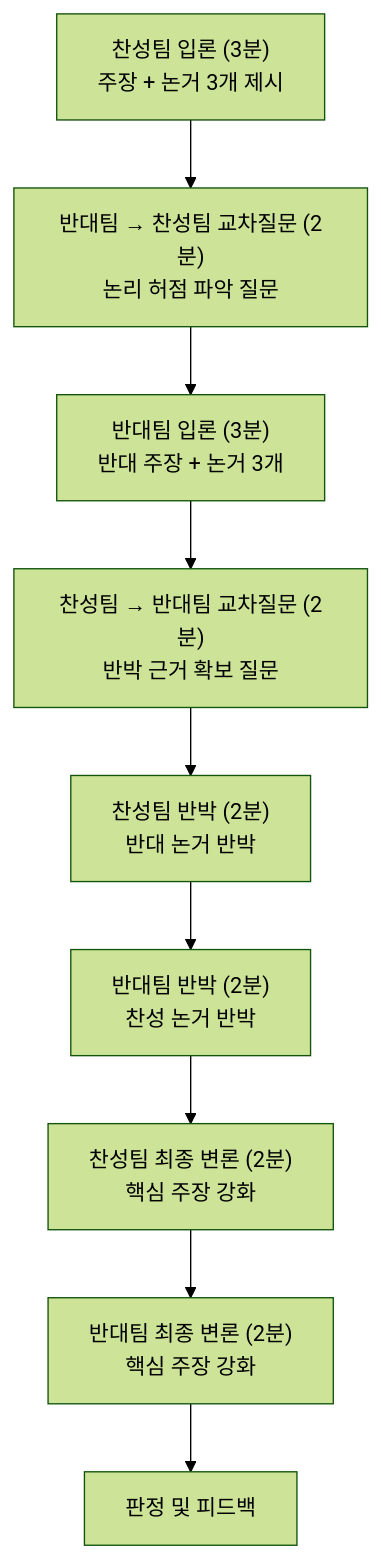
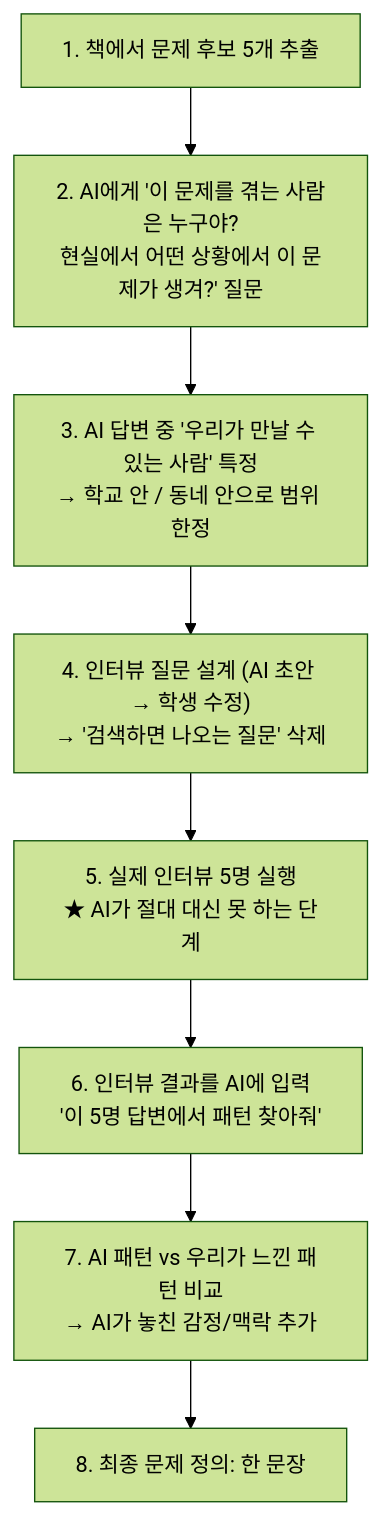
Before and after one commit to Collegenie-X/ReadingClueProject: the third of 4 diagrams in 아이디어/독서토론_초등과정_실전운영_매뉴얼.md, drawn with Mermaid (forest theme). The commit also changed other lines of this file and 7 other files, not shown here.

````diff
--- a/아이디어/독서토론_초등과정_실전운영_매뉴얼.md
+++ b/아이디어/독서토론_초등과정_실전운영_매뉴얼.md
@@ -315,12 +233,11 @@
 ```mermaid
 flowchart TD
-    A["찬성팀 입론 (3분)<br/>주장 + 논거 3개 제시"] 
-    --> B["반대팀 → 찬성팀 교차질문 (2분)<br/>논리 허점 파악 질문"]
-    --> C["반대팀 입론 (3분)<br/>반대 주장 + 논거 3개"]
-    --> D["찬성팀 → 반대팀 교차질문 (2분)<br/>반박 근거 확보 질문"]
-    --> E["찬성팀 반박 (2분)<br/>반대 논거 반박"]
-    --> F["반대팀 반박 (2분)<br/>찬성 논거 반박"]
-    --> G["찬성팀 최종 변론 (2분)<br/>핵심 주장 강화"]
-    --> H["반대팀 최종 변론 (2분)<br/>핵심 주장 강화"]
-    --> I["판정 및 피드백"]
+    A["1. 책에서 문제 후보 5개 추출"]
+    --> B["2. AI에게 '이 문제를 겪는 사람은 누구야?<br/>현실에서 어떤 상황에서 이 문제가 생겨?' 질문"]
+    --> C["3. AI 답변 중 '우리가 만날 수 있는 사람' 특정<br/>→ 학교 안 / 동네 안으로 범위 한정"]
+    --> D["4. 인터뷰 질문 설계 (AI 초안 → 학생 수정)<br/>→ '검색하면 나오는 질문' 삭제"]
+    --> E["5. 실제 인터뷰 5명 실행<br/>★ AI가 절대 대신 못 하는 단계"]
+    --> F["6. 인터뷰 결과를 AI에 입력<br/>'이 5명 답변에서 패턴 찾아줘'"]
+    --> G["7. AI 패턴 vs 우리가 느낀 패턴 비교<br/>→ AI가 놓친 감정/맥락 추가"]
+    --> H["8. 최종 문제 정의: 한 문장"]
 ```
````
